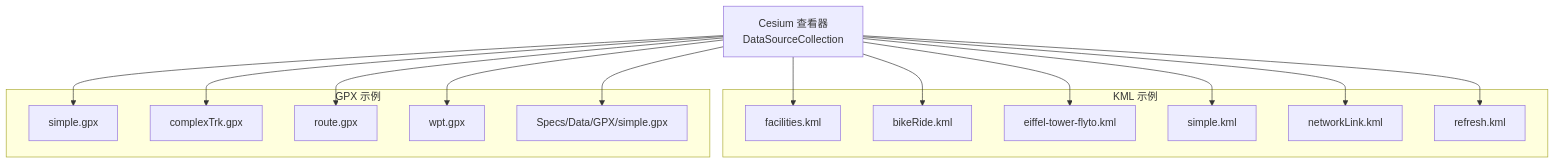
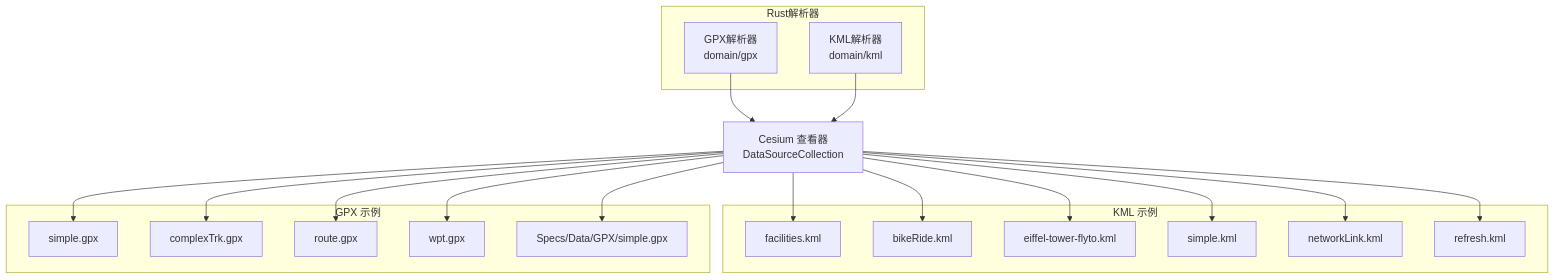
The first of 8 diagrams in .qoder/repowiki/zh/content/示例教程/数据加载示例/KML和GPX数据加载.md (rzhangjing/cesium), drawn with Mermaid before and after one commit. The commit also changed other lines of this file and 74 other files, not shown here.

````diff
--- a/.qoder/repowiki/zh/content/示例教程/数据加载示例/KML和GPX数据加载.md
+++ b/.qoder/repowiki/zh/content/示例教程/数据加载示例/KML和GPX数据加载.md
@@ -44,29 +55,35 @@
 ```mermaid
 graph TB
 subgraph "KML 示例"
 K1["facilities.kml"]
 K2["bikeRide.kml"]
 K3["eiffel-tower-flyto.kml"]
 KS1["simple.kml"]
 KS2["networkLink.kml"]
 KS3["refresh.kml"]
 end
 subgraph "GPX 示例"
 G1["simple.gpx"]
 G2["complexTrk.gpx"]
 G3["route.gpx"]
 G4["wpt.gpx"]
 GS1["Specs/Data/GPX/simple.gpx"]
 end
+subgraph "Rust解析器"
+RG["GPX解析器<br/>domain/gpx"]
+RK["KML解析器<br/>domain/kml"]
+end
 Viewer["Cesium 查看器<br/>DataSourceCollection"] --> K1
 Viewer --> K2
 Viewer --> K3
 Viewer --> KS1
 Viewer --> KS2
 Viewer --> KS3
 Viewer --> G1
 Viewer --> G2
 Viewer --> G3
 Viewer --> G4
 Viewer --> GS1
+RG --> Viewer
+RK --> Viewer
 ```
````
